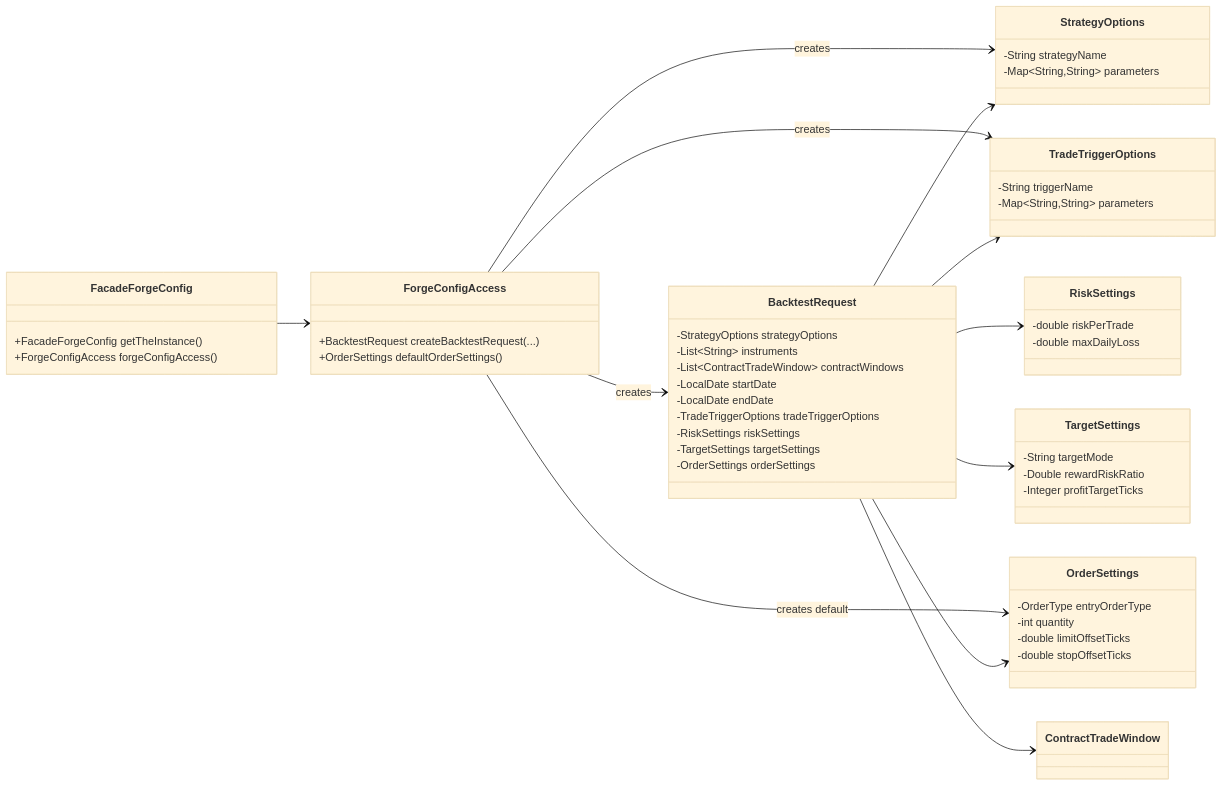
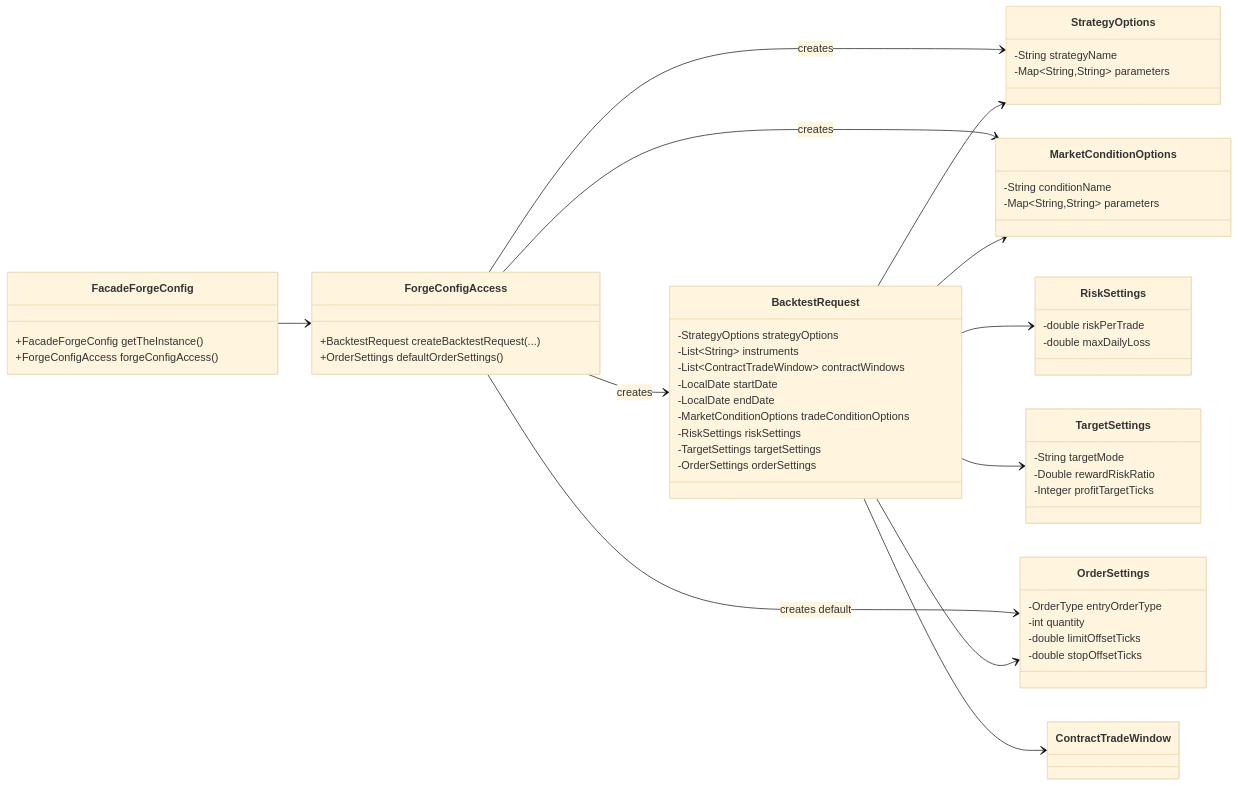
The fifth of 22 diagrams in class-model.md (probst-paul/FORGE), drawn with Mermaid (base theme) before and after one commit. The commit also changed other lines of this file and 125 other files, not shown here.

First line of the commit message:
Introduce MarketCondition and refactor triggers

````diff
--- a/class-model.md
+++ b/class-model.md
@@ -328,66 +328,66 @@
 ```mermaid
 classDiagram
     direction LR
 
     class FacadeForgeConfig {
         +FacadeForgeConfig getTheInstance()
         +ForgeConfigAccess forgeConfigAccess()
     }
 
     class ForgeConfigAccess {
         +BacktestRequest createBacktestRequest(...)
         +OrderSettings defaultOrderSettings()
     }
 
     class BacktestRequest {
         -StrategyOptions strategyOptions
         -List~String~ instruments
         -List~ContractTradeWindow~ contractWindows
         -LocalDate startDate
         -LocalDate endDate
-        -TradeTriggerOptions tradeTriggerOptions
+        -MarketConditionOptions tradeConditionOptions
         -RiskSettings riskSettings
         -TargetSettings targetSettings
         -OrderSettings orderSettings
     }
 
     class StrategyOptions {
         -String strategyName
         -Map~String,String~ parameters
     }
 
-    class TradeTriggerOptions {
-        -String triggerName
+    class MarketConditionOptions {
+        -String conditionName
         -Map~String,String~ parameters
     }
 
     class RiskSettings {
         -double riskPerTrade
         -double maxDailyLoss
     }
 
     class TargetSettings {
         -String targetMode
         -Double rewardRiskRatio
         -Integer profitTargetTicks
     }
 
     class OrderSettings {
         -OrderType entryOrderType
         -int quantity
         -double limitOffsetTicks
         -double stopOffsetTicks
     }
 
     FacadeForgeConfig --> ForgeConfigAccess
     ForgeConfigAccess --> BacktestRequest : creates
     ForgeConfigAccess --> StrategyOptions : creates
-    ForgeConfigAccess --> TradeTriggerOptions : creates
+    ForgeConfigAccess --> MarketConditionOptions : creates
     ForgeConfigAccess --> OrderSettings : creates default
     BacktestRequest --> StrategyOptions
-    BacktestRequest --> TradeTriggerOptions
+    BacktestRequest --> MarketConditionOptions
     BacktestRequest --> RiskSettings
     BacktestRequest --> TargetSettings
     BacktestRequest --> OrderSettings
     BacktestRequest --> ContractTradeWindow
 ```
````
